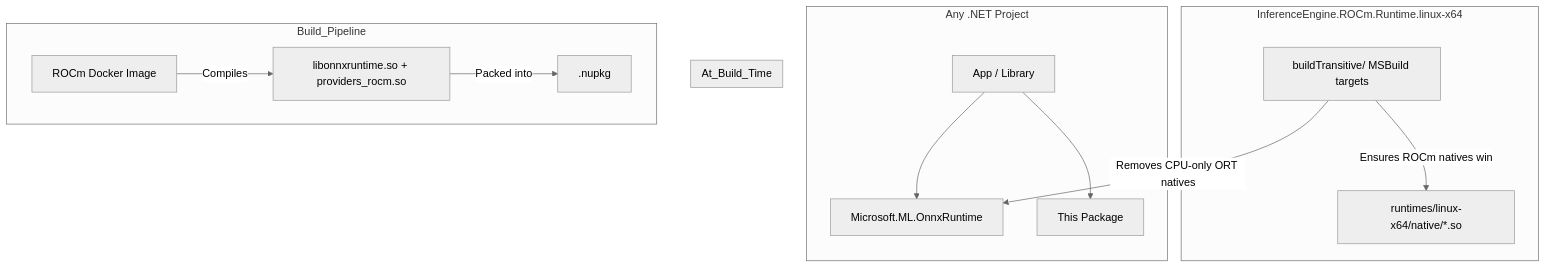
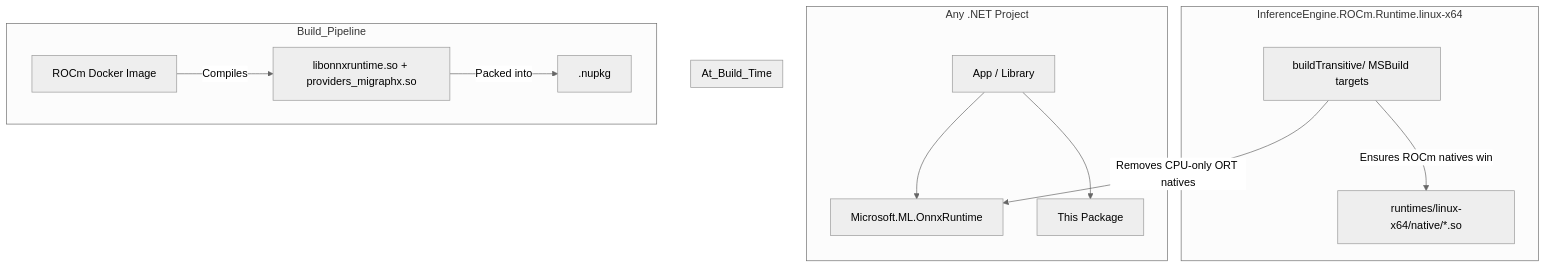
One commit to intel-agency/inference-engine-rocm changed the diagram in ARCHITECTURE.md. Above: the diagram before and after it, drawn with Mermaid (neutral theme). The commit also changed other lines of this file and 2 other files, not shown here.

````diff
--- a/ARCHITECTURE.md
+++ b/ARCHITECTURE.md
@@ -29,22 +29,22 @@
 ```mermaid
 graph TD
     subgraph This_Package[InferenceEngine.ROCm.Runtime.linux-x64]
         SO_Files[runtimes/linux-x64/native/*.so]
         Targets[buildTransitive/ MSBuild targets]
     end
 
     subgraph Consumer_Project[Any .NET Project]
         App[App / Library] --> ORT[Microsoft.ML.OnnxRuntime]
         App --> ROCm_Pkg[This Package]
     end
 
     subgraph At_Build_Time
         Targets --> |Removes CPU-only ORT natives| ORT
         Targets --> |Ensures ROCm natives win| SO_Files
     end
 
     subgraph Build_Pipeline
-        Docker[ROCm Docker Image] --> |Compiles| NativeSo[libonnxruntime.so + providers_rocm.so]
+        Docker[ROCm Docker Image] --> |Compiles| NativeSo[libonnxruntime.so + providers_migraphx.so]
         NativeSo --> |Packed into| Nuget[.nupkg]
     end
 ```
````
